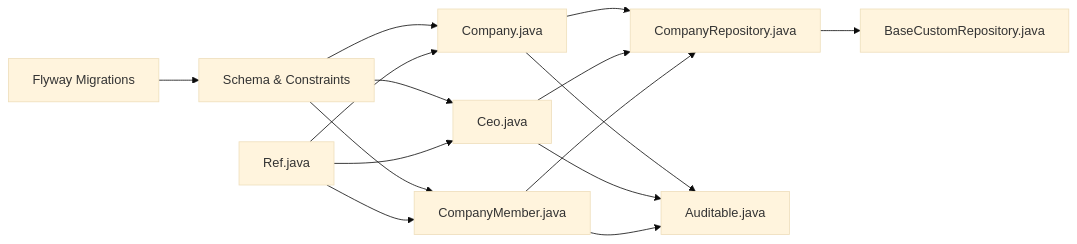
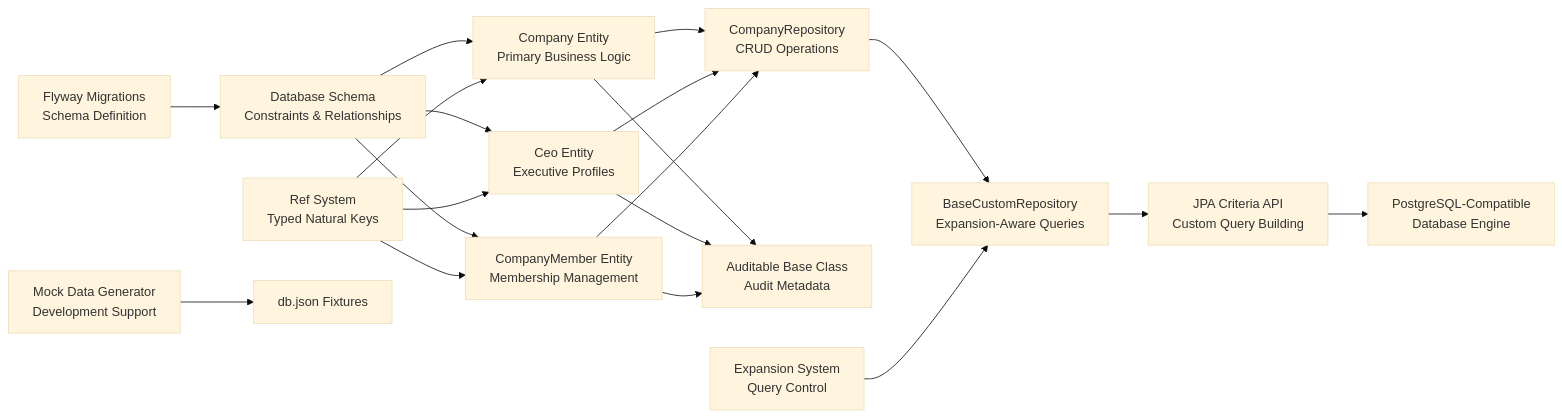
Before and after one commit to effinrich/rh-nx-monorepo: diagram 11 of 11 in .qoder/repowiki/en/content/Data Management.md, drawn with Mermaid (base theme). The commit also changed other lines of this file and 130 other files, not shown here.

````diff
--- a/.qoder/repowiki/en/content/Data Management.md
+++ b/.qoder/repowiki/en/content/Data Management.md
@@ -404,17 +583,21 @@
 ```mermaid
 graph LR
-MIG["Flyway Migrations"] --> SCHEMA["Schema & Constraints"]
-SCHEMA --> ENT1["Company.java"]
-SCHEMA --> ENT2["Ceo.java"]
-SCHEMA --> ENT3["CompanyMember.java"]
-ENT1 --> REPO1["CompanyRepository.java"]
+MIG["Flyway Migrations<br/>Schema Definition"] --> SCHEMA["Database Schema<br/>Constraints & Relationships"]
+SCHEMA --> ENT1["Company Entity<br/>Primary Business Logic"]
+SCHEMA --> ENT2["Ceo Entity<br/>Executive Profiles"]
+SCHEMA --> ENT3["CompanyMember Entity<br/>Membership Management"]
+ENT1 --> REPO1["CompanyRepository<br/>CRUD Operations"]
 ENT2 --> REPO1
 ENT3 --> REPO1
-REPO1 --> EXT["BaseCustomRepository.java"]
-ENT1 --> AUD["Auditable.java"]
+REPO1 --> BASE["BaseCustomRepository<br/>Expansion-Aware Queries"]
+BASE --> CRITERIA["JPA Criteria API<br/>Custom Query Building"]
+CRITERIA --> DB["PostgreSQL-Compatible<br/>Database Engine"]
+ENT1 --> AUD["Auditable Base Class<br/>Audit Metadata"]
 ENT2 --> AUD
 ENT3 --> AUD
-REF["Ref.java"] --> ENT1
+REF["Ref System<br/>Typed Natural Keys"] --> ENT1
 REF --> ENT2
 REF --> ENT3
+EXPANSION["Expansion System<br/>Query Control"] --> BASE
+GEN["Mock Data Generator<br/>Development Support"] --> FIXTURE["db.json Fixtures"]
 ```
````
